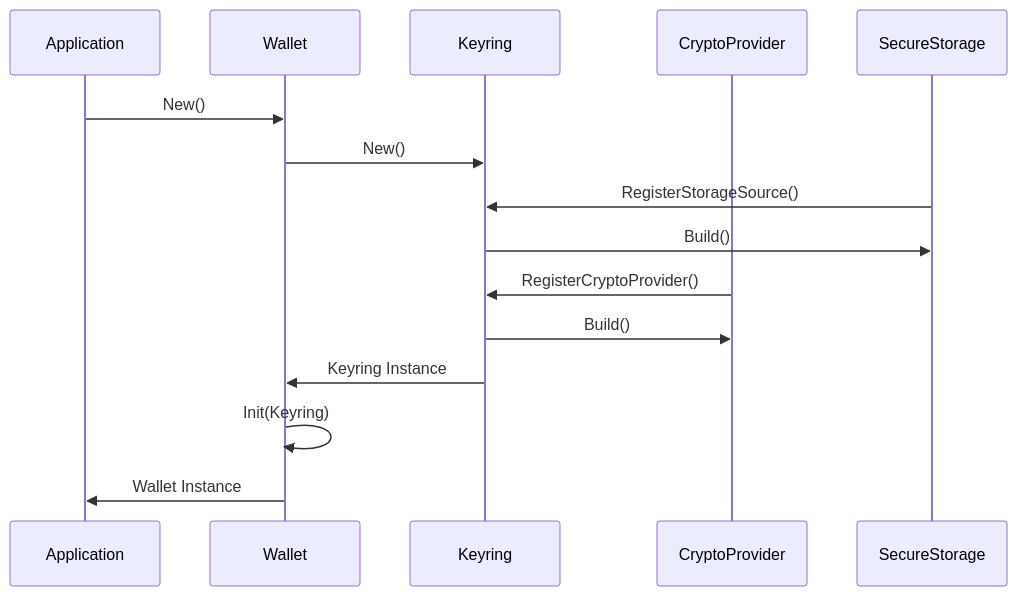
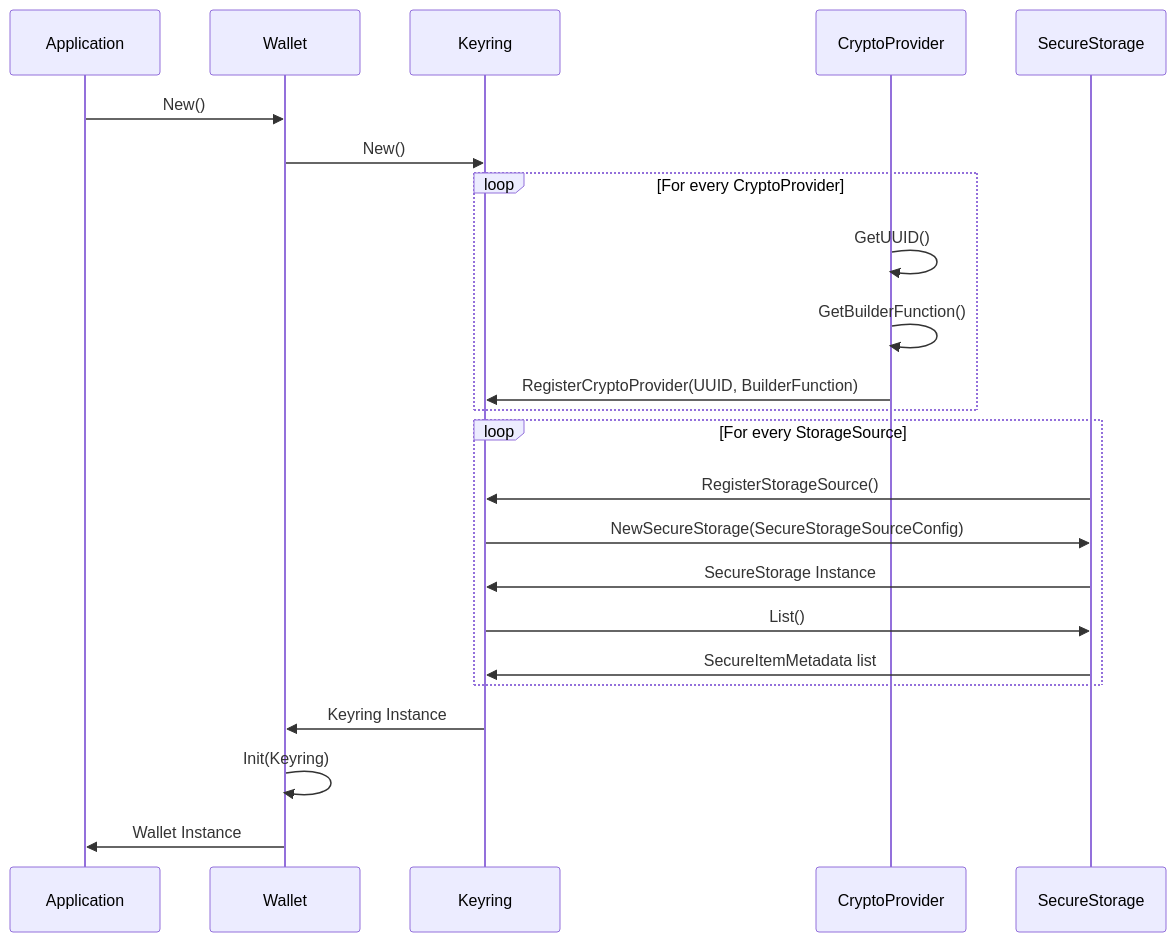
One commit to Zondax/cosmos-sdk changed the fourth of 5 diagrams in crypto/docs/adr.md. Above: the diagram before and after it, drawn with Mermaid. The commit also changed other lines of this file and 3 other files, not shown here.

````diff
--- a/crypto/docs/adr.md
+++ b/crypto/docs/adr.md
@@ -414,18 +423,27 @@
 ```mermaid
 sequenceDiagram
     participant Application
     participant Wallet
     participant Keyring
     participant CryptoProvider
     participant SecureStorage
 
     Application->> Wallet: New()
     Wallet->>Keyring: New()
-      SecureStorage->>Keyring: RegisterStorageSource()
-      Keyring->>SecureStorage: Build()
-      CryptoProvider->>Keyring: RegisterCryptoProvider()
-      Keyring->>CryptoProvider: Build()
-    Keyring->>Wallet: Keyring Instance
+      loop For every CryptoProvider
+        CryptoProvider->>CryptoProvider: GetUUID()
+        CryptoProvider->>CryptoProvider: GetBuilderFunction()
+        CryptoProvider->>Keyring: RegisterCryptoProvider(UUID, BuilderFunction)
+      end
+      
+      loop For every StorageSource
+        SecureStorage->>Keyring: RegisterStorageSource()
+        Keyring->>SecureStorage: NewSecureStorage(SecureStorageSourceConfig)
+        SecureStorage->>Keyring: SecureStorage Instance
+        Keyring->>SecureStorage: List()
+        SecureStorage->>Keyring: SecureItemMetadata list
+      end
+        Keyring->>Wallet: Keyring Instance
     Wallet->>Wallet: Init(Keyring)
     Wallet->>Application: Wallet Instance
 ```
````
